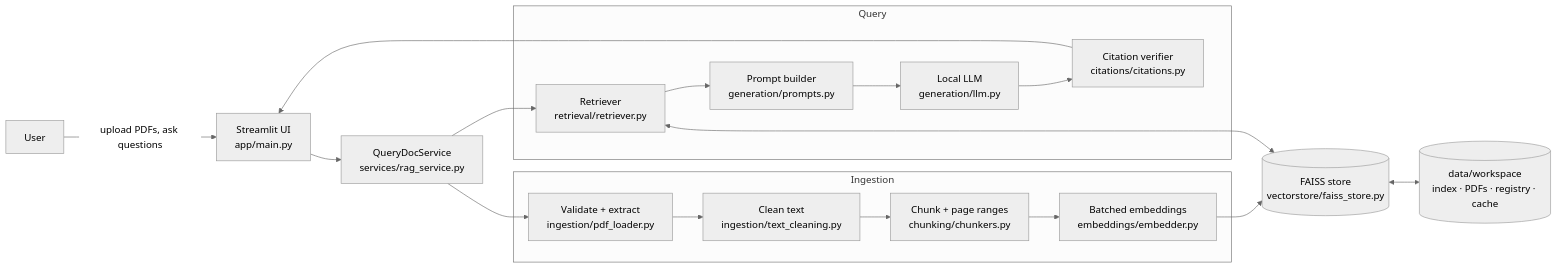
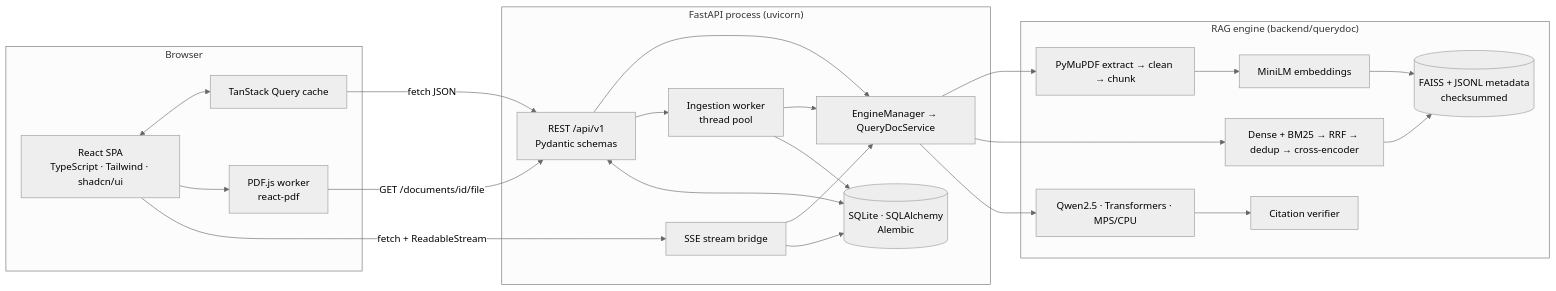
Before and after one commit to SallaguntaRaahul/querydoc-ai: the first of 6 diagrams in docs/ARCHITECTURE.md, drawn with Mermaid (neutral theme). The commit also changed other lines of this file and 99 other files, not shown here.

First line of the commit message:
Complete full-stack QueryDoc AI: API tests, Playwright E2E + visual QA, API benchmark, docs

````diff
--- a/docs/ARCHITECTURE.md
+++ b/docs/ARCHITECTURE.md
@@ -10,21 +12,37 @@
 ```mermaid
 flowchart LR
-    U[User] -->|upload PDFs, ask questions| UI[Streamlit UI<br/>app/main.py]
-    UI --> SVC[QueryDocService<br/>services/rag_service.py]
-    subgraph Ingestion
-        V[Validate + extract<br/>ingestion/pdf_loader.py] --> CL[Clean text<br/>ingestion/text_cleaning.py]
-        CL --> CH[Chunk + page ranges<br/>chunking/chunkers.py]
-        CH --> EM[Batched embeddings<br/>embeddings/embedder.py]
+    subgraph Browser
+      UI[React SPA<br/>TypeScript · Tailwind · shadcn/ui]
+      Q[TanStack Query cache]
+      PDF[PDF.js worker<br/>react-pdf]
+      UI <--> Q
+      UI --> PDF
     end
-    subgraph Query
-        RET[Retriever<br/>retrieval/retriever.py] --> PR[Prompt builder<br/>generation/prompts.py]
-        PR --> LLM[Local LLM<br/>generation/llm.py]
-        LLM --> CIT[Citation verifier<br/>citations/citations.py]
+    subgraph Server["FastAPI process (uvicorn)"]
+      API[REST /api/v1<br/>Pydantic schemas]
+      SSE[SSE stream bridge]
+      W[Ingestion worker<br/>thread pool]
+      ENG[EngineManager → QueryDocService]
+      DB[(SQLite · SQLAlchemy<br/>Alembic)]
+      API --> ENG
+      SSE --> ENG
+      API --> W --> ENG
+      API <--> DB
+      W --> DB
+      SSE --> DB
     end
-    SVC --> V
-    EM --> VS[(FAISS store<br/>vectorstore/faiss_store.py)]
-    SVC --> RET
-    RET <--> VS
-    VS <--> DISK[(data/workspace<br/>index · PDFs · registry · cache)]
-    CIT --> UI
+    subgraph Engine["RAG engine (backend/querydoc)"]
+      ING[PyMuPDF extract → clean → chunk]
+      EMB[MiniLM embeddings]
+      IDX[(FAISS + JSONL metadata<br/>checksummed)]
+      RET[Dense + BM25 → RRF → dedup → cross-encoder]
+      LLM[Qwen2.5 · Transformers · MPS/CPU]
+      CIT[Citation verifier]
+    end
+    Q -- fetch JSON --> API
+    UI -- fetch + ReadableStream --> SSE
+    PDF -- GET /documents/id/file --> API
+    ENG --> ING --> EMB --> IDX
+    ENG --> RET --> IDX
+    ENG --> LLM --> CIT
 ```
````
